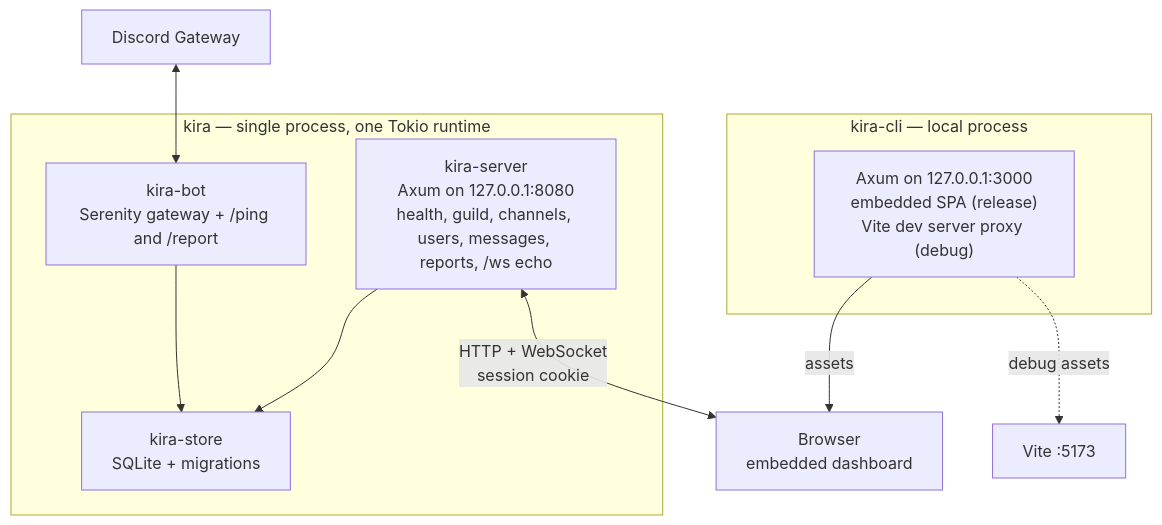
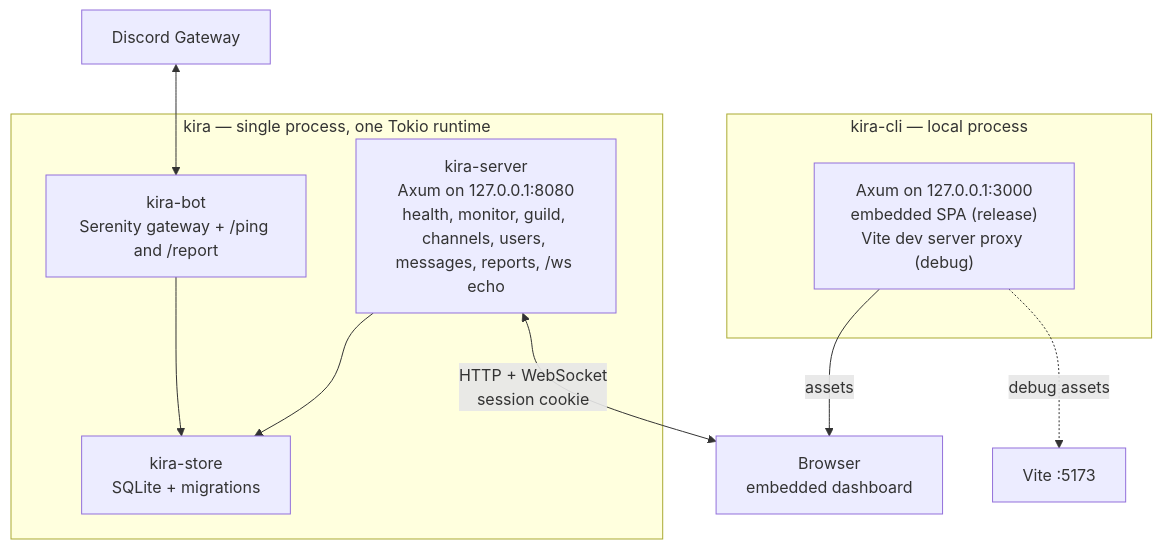
The first of 2 diagrams in docs/ARCHITECTURE.md (merzen-sh/kira), drawn with Mermaid before and after one commit. The commit also changed other lines of this file and 22 other files, not shown here.

````diff
--- a/docs/ARCHITECTURE.md
+++ b/docs/ARCHITECTURE.md
@@ -23,23 +23,23 @@
 ```mermaid
 flowchart TB
     GW["Discord Gateway"]
 
     subgraph KIRA["kira — single process, one Tokio runtime"]
         BOT["kira-bot<br/>Serenity gateway + /ping and /report"]
-        SERVER["kira-server<br/>Axum on 127.0.0.1:8080<br/>health, guild, channels, users, messages, reports, /ws echo"]
+        SERVER["kira-server<br/>Axum on 127.0.0.1:8080<br/>health, monitor, guild, channels, users, messages, reports, /ws echo"]
         STORE["kira-store<br/>SQLite + migrations"]
     end
 
     subgraph LOCAL["kira-cli — local process"]
         CLI["Axum on 127.0.0.1:3000<br/>embedded SPA (release)<br/>Vite dev server proxy (debug)"]
     end
 
     BROWSER["Browser<br/>embedded dashboard"]
 
     GW <--> BOT
     BOT --> STORE
     SERVER --> STORE
     SERVER <-->|"HTTP + WebSocket<br/>session cookie"| BROWSER
     CLI -->|"assets"| BROWSER
     CLI -.->|"debug assets"| VITE["Vite :5173"]
 ```
````
